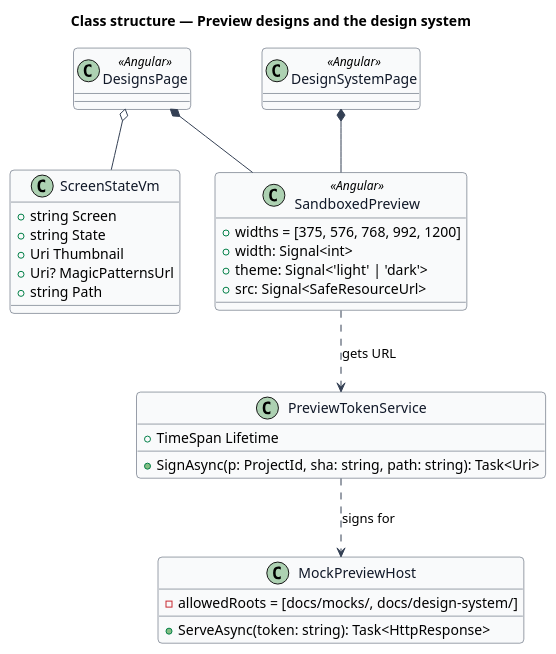
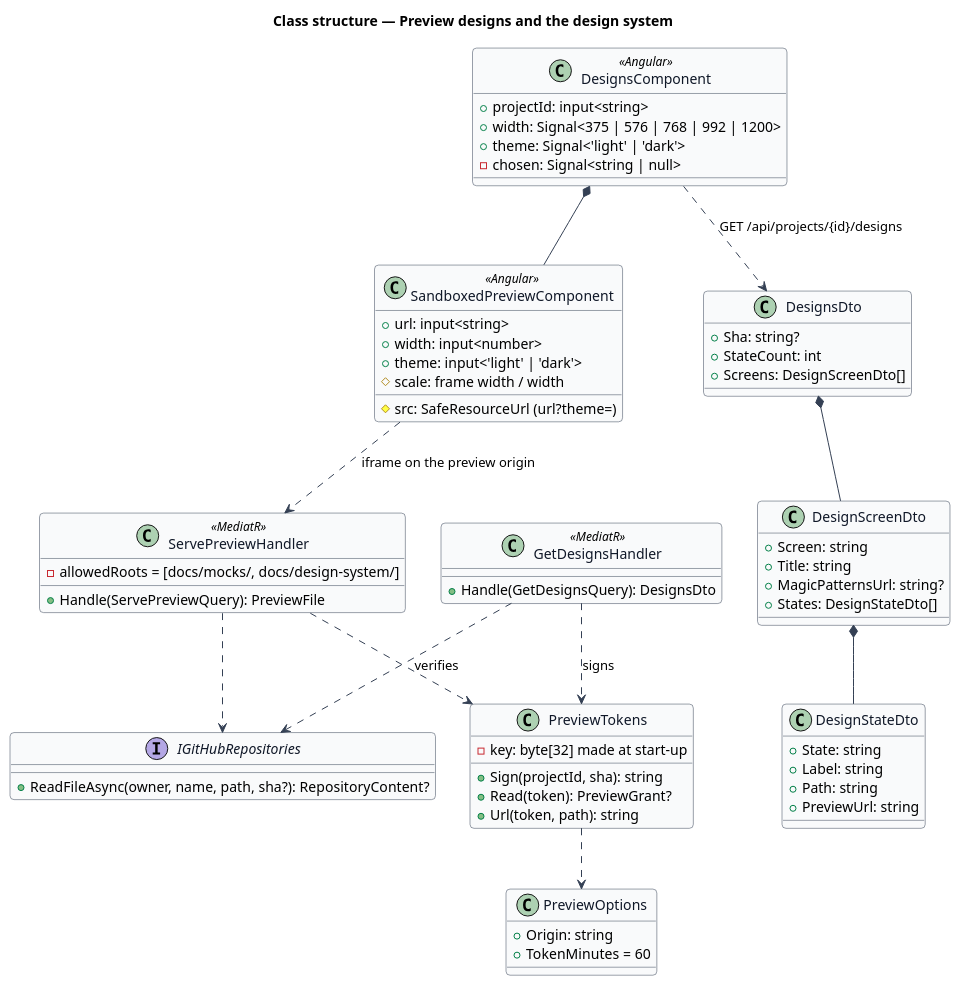
Before and after one commit to QuinntyneBrown/hewn: the diagram in docs/detailed-designs/mission-control/preview-designs/diagrams/class-structure.puml, drawn with PlantUML. The commit also changed 62 other files, not shown here.

First line of the commit message:
Preview product designs (journey 14, L2-011) (#22)

```diff
--- a/docs/detailed-designs/mission-control/preview-designs/diagrams/class-structure.puml
+++ b/docs/detailed-designs/mission-control/preview-designs/diagrams/class-structure.puml
@@ -1,42 +1,74 @@
 @startuml
 skinparam backgroundColor #FFFFFF
 skinparam shadowing false
 skinparam roundcorner 8
 skinparam defaultFontName Arial
 skinparam ArrowColor #344054
 skinparam class {
   BorderColor #344054
   FontColor #101828
   BackgroundColor #F9FAFB
 }
 title Class structure — Preview designs and the design system
 
-class SandboxedPreview <<Angular>> {
-  +widths = [375, 576, 768, 992, 1200]
-  +width: Signal<int>
+class DesignsComponent <<Angular>> {
+  +projectId: input<string>
+  +width: Signal<375 | 576 | 768 | 992 | 1200>
   +theme: Signal<'light' | 'dark'>
-  +src: Signal<SafeResourceUrl>
+  -chosen: Signal<string | null>
 }
-class PreviewTokenService {
-  +SignAsync(p: ProjectId, sha: string, path: string): Task<Uri>
-  +TimeSpan Lifetime
+class SandboxedPreviewComponent <<Angular>> {
+  +url: input<string>
+  +width: input<number>
+  +theme: input<'light' | 'dark'>
+  #src: SafeResourceUrl (url?theme=)
+  #scale: frame width / width
 }
-class MockPreviewHost {
-  +ServeAsync(token: string): Task<HttpResponse>
+class DesignsDto {
+  +Sha: string?
+  +StateCount: int
+  +Screens: DesignScreenDto[]
+}
+class DesignScreenDto {
+  +Screen: string
+  +Title: string
+  +MagicPatternsUrl: string?
+  +States: DesignStateDto[]
+}
+class DesignStateDto {
+  +State: string
+  +Label: string
+  +Path: string
+  +PreviewUrl: string
+}
+class GetDesignsHandler <<MediatR>> {
+  +Handle(GetDesignsQuery): DesignsDto
+}
+class PreviewTokens {
+  -key: byte[32] made at start-up
+  +Sign(projectId, sha): string
+  +Read(token): PreviewGrant?
+  +Url(token, path): string
+}
+class ServePreviewHandler <<MediatR>> {
+  +Handle(ServePreviewQuery): PreviewFile
   -allowedRoots = [docs/mocks/, docs/design-system/]
 }
-class ScreenStateVm {
-  +string Screen
-  +string State
-  +Uri Thumbnail
-  +Uri? MagicPatternsUrl
-  +string Path
+class PreviewOptions {
+  +Origin: string
+  +TokenMinutes = 60
 }
-class DesignsPage <<Angular>>
-class DesignSystemPage <<Angular>>
-DesignsPage *-- SandboxedPreview
-DesignSystemPage *-- SandboxedPreview
-DesignsPage o-- ScreenStateVm
-SandboxedPreview ..> PreviewTokenService : gets URL
-PreviewTokenService ..> MockPreviewHost : signs for
+interface IGitHubRepositories {
+  +ReadFileAsync(owner, name, path, sha?): RepositoryContent?
+}
+DesignsComponent *-- SandboxedPreviewComponent
+DesignsComponent ..> DesignsDto : GET /api/projects/{id}/designs
+DesignsDto *-- DesignScreenDto
+DesignScreenDto *-- DesignStateDto
+GetDesignsHandler ..> PreviewTokens : signs
+GetDesignsHandler ..> IGitHubRepositories
+ServePreviewHandler ..> PreviewTokens : verifies
+ServePreviewHandler ..> IGitHubRepositories
+PreviewTokens ..> PreviewOptions
+SandboxedPreviewComponent ..> ServePreviewHandler : iframe on the preview origin
 @enduml
```
